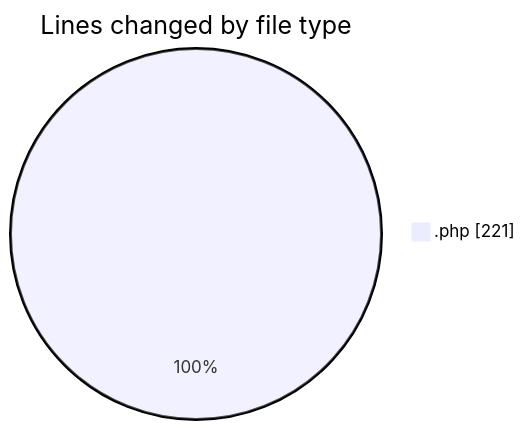
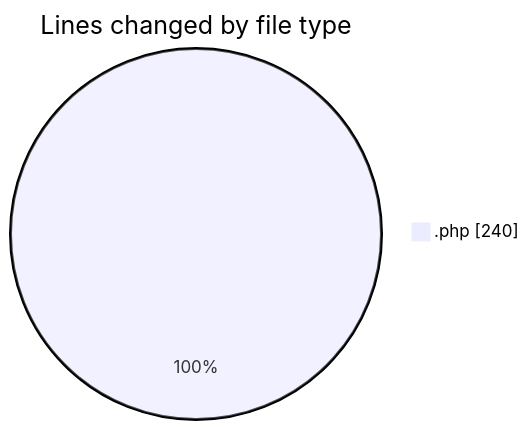
Before and after one commit to Ritupan-Deka/code-tracking: the first of 2 diagrams in 2025-10-08/url-shortener/README.md, drawn with Mermaid. The commit also changed other lines of this file and 1 other file, not shown here.

````diff
--- a/2025-10-08/url-shortener/README.md
+++ b/2025-10-08/url-shortener/README.md
@@ -22,5 +23,5 @@
 ```mermaid
 pie showData
 title Lines changed by file type
-".php" : 221
+".php" : 240
 ```
````
